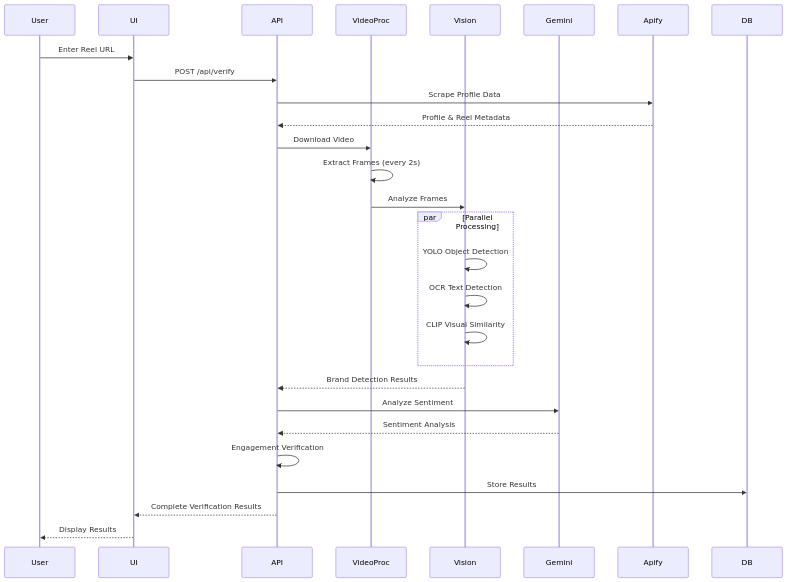
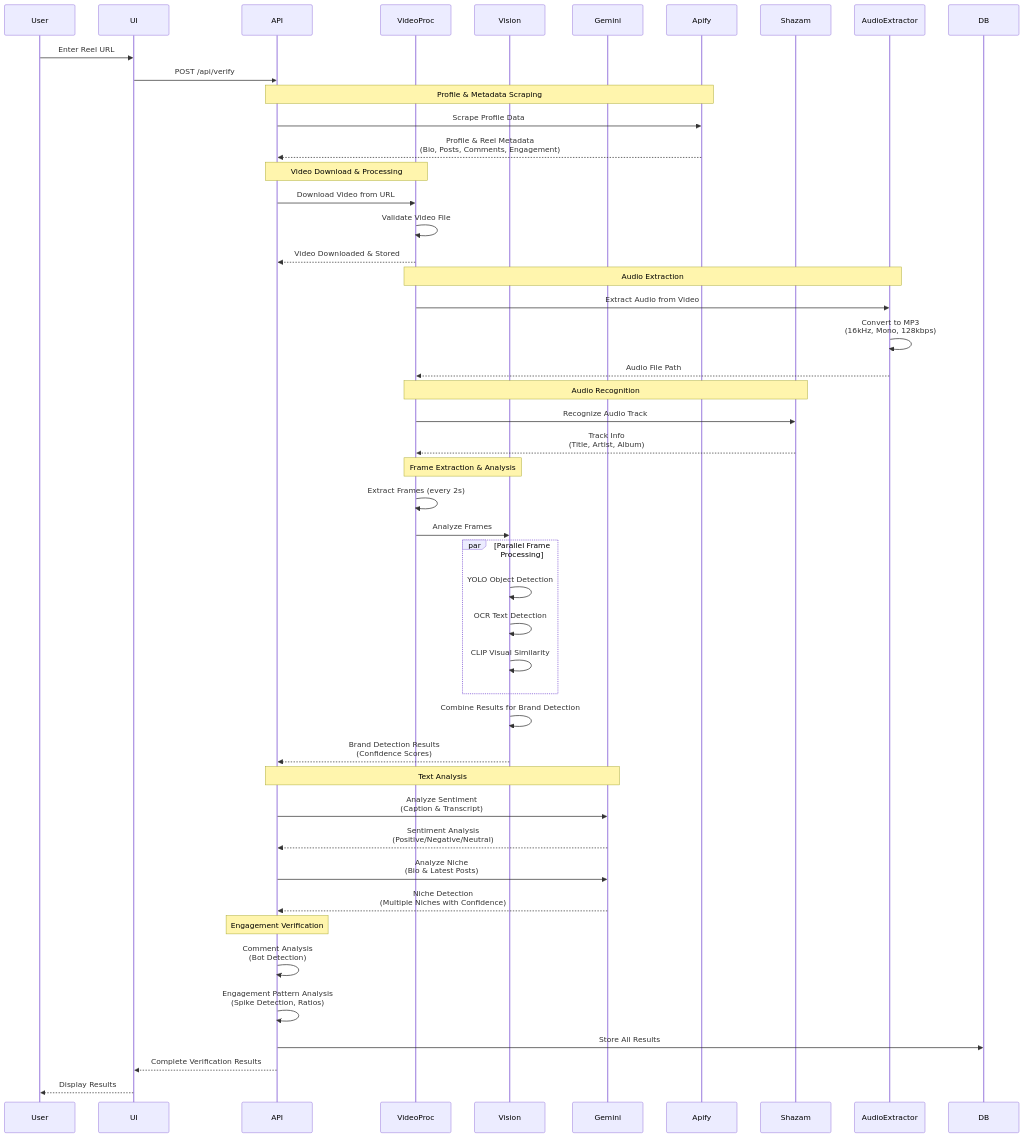
The diagram in ARCHITECTURE.md (apoorva915/Whoofy), drawn with Mermaid before and after one commit. The commit also changed other lines of this file, not shown here.

````diff
--- a/ARCHITECTURE.md
+++ b/ARCHITECTURE.md
@@ -6,38 +6,62 @@
 ```mermaid
 sequenceDiagram
     participant User
     participant UI
     participant API
     participant VideoProc
     participant Vision
     participant Gemini
     participant Apify
+    participant Shazam
+    participant AudioExtractor
     participant DB
     
     User->>UI: Enter Reel URL
     UI->>API: POST /api/verify
     
+    Note over API,Apify: Profile & Metadata Scraping
     API->>Apify: Scrape Profile Data
-    Apify-->>API: Profile & Reel Metadata
+    Apify-->>API: Profile & Reel Metadata<br/>(Bio, Posts, Comments, Engagement)
     
-    API->>VideoProc: Download Video
+    Note over API,VideoProc: Video Download & Processing
+    API->>VideoProc: Download Video from URL
+    VideoProc->>VideoProc: Validate Video File
+    VideoProc-->>API: Video Downloaded & Stored
+    
+    Note over VideoProc,AudioExtractor: Audio Extraction
+    VideoProc->>AudioExtractor: Extract Audio from Video
+    AudioExtractor->>AudioExtractor: Convert to MP3<br/>(16kHz, Mono, 128kbps)
+    AudioExtractor-->>VideoProc: Audio File Path
+    
+    Note over VideoProc,Shazam: Audio Recognition
+    VideoProc->>Shazam: Recognize Audio Track
+    Shazam-->>VideoProc: Track Info<br/>(Title, Artist, Album)
+    
+    Note over VideoProc,Vision: Frame Extraction & Analysis
     VideoProc->>VideoProc: Extract Frames (every 2s)
     VideoProc->>Vision: Analyze Frames
     
-    par Parallel Processing
+    par Parallel Frame Processing
         Vision->>Vision: YOLO Object Detection
         Vision->>Vision: OCR Text Detection
         Vision->>Vision: CLIP Visual Similarity
     end
     
-    Vision-->>API: Brand Detection Results
+    Vision->>Vision: Combine Results for Brand Detection
+    Vision-->>API: Brand Detection Results<br/>(Confidence Scores)
     
-    API->>Gemini: Analyze Sentiment
-    Gemini-->>API: Sentiment Analysis
+    Note over API,Gemini: Text Analysis
+    API->>Gemini: Analyze Sentiment<br/>(Caption & Transcript)
+    Gemini-->>API: Sentiment Analysis<br/>(Positive/Negative/Neutral)
     
-    API->>API: Engagement Verification
-    API->>DB: Store Results
+    API->>Gemini: Analyze Niche<br/>(Bio & Latest Posts)
+    Gemini-->>API: Niche Detection<br/>(Multiple Niches with Confidence)
     
+    Note over API: Engagement Verification
+    API->>API: Comment Analysis<br/>(Bot Detection)
+    API->>API: Engagement Pattern Analysis<br/>(Spike Detection, Ratios)
+    
+    API->>DB: Store All Results
     API-->>UI: Complete Verification Results
     UI-->>User: Display Results
 ```
````
